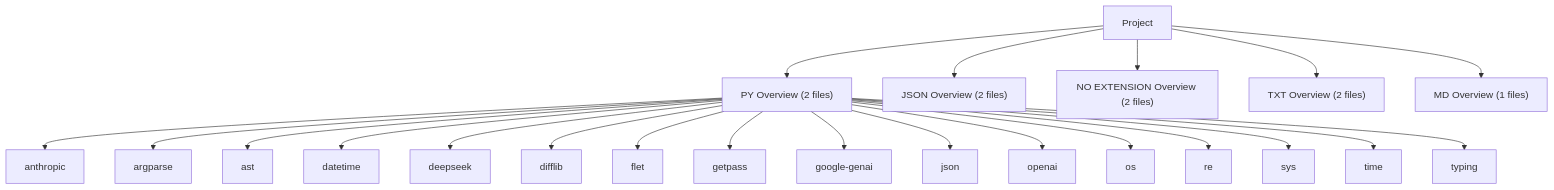
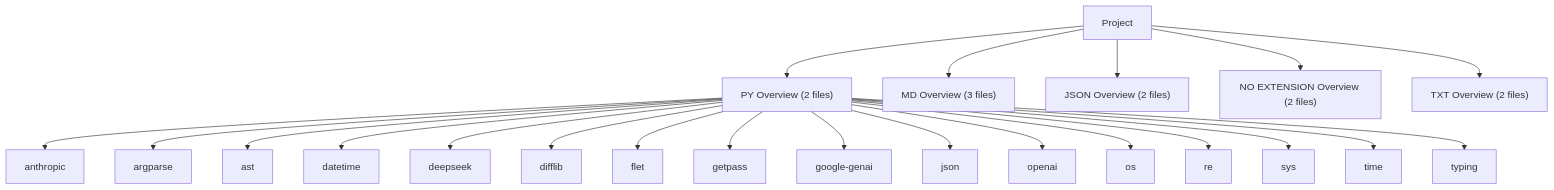
Before and after one commit to lystwork/ndaversis: the second of 3 diagrams in readme.md, drawn with Mermaid. The commit also changed other lines of this file and 4 other files, not shown here.

````diff
--- a/readme.md
+++ b/readme.md
@@ -268,24 +279,24 @@
 ```mermaid
 graph TD
     Project --> lang_PY["PY Overview (2 files)"]
     lang_PY --> dep_anthropic["anthropic"]
     lang_PY --> dep_argparse["argparse"]
     lang_PY --> dep_ast["ast"]
     lang_PY --> dep_datetime["datetime"]
     lang_PY --> dep_deepseek["deepseek"]
     lang_PY --> dep_difflib["difflib"]
     lang_PY --> dep_flet["flet"]
     lang_PY --> dep_getpass["getpass"]
     lang_PY --> dep_google_genai["google-genai"]
     lang_PY --> dep_json["json"]
     lang_PY --> dep_openai["openai"]
     lang_PY --> dep_os["os"]
     lang_PY --> dep_re["re"]
     lang_PY --> dep_sys["sys"]
     lang_PY --> dep_time["time"]
     lang_PY --> dep_typing["typing"]
+    Project --> lang_MD["MD Overview (3 files)"]
     Project --> lang_JSON["JSON Overview (2 files)"]
     Project --> lang_NO_EXTENSION["NO EXTENSION Overview (2 files)"]
     Project --> lang_TXT["TXT Overview (2 files)"]
-    Project --> lang_MD["MD Overview (1 files)"]
 ```
````
